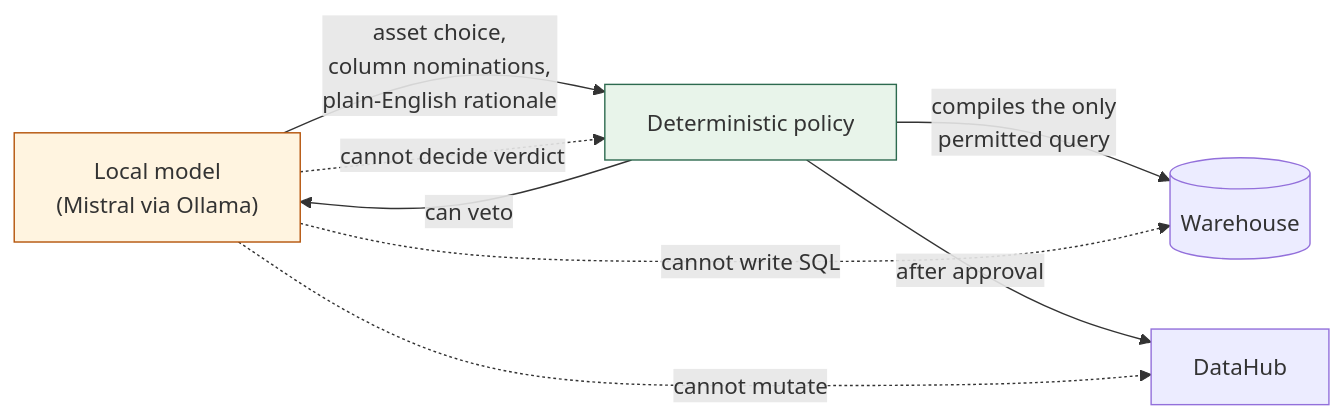
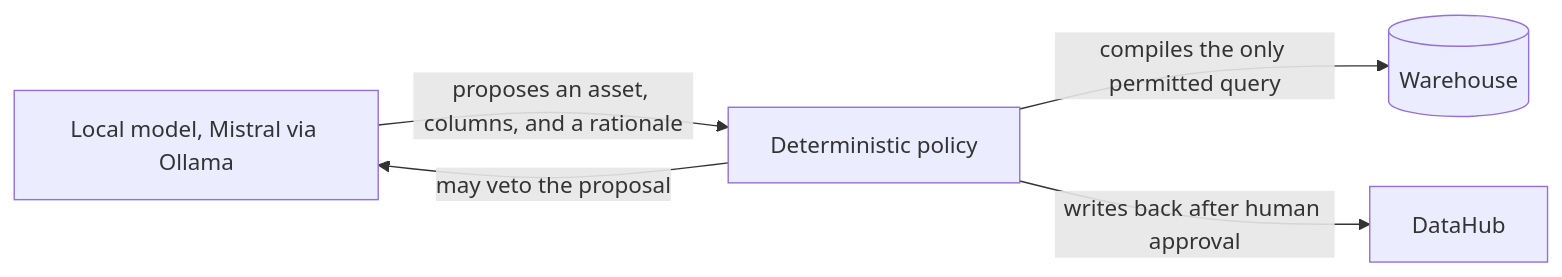
One commit to usv240/mosaic-datahub changed the second of 2 diagrams in README.md. Above: the diagram before and after it, drawn with Mermaid. The commit also changed other lines of this file, not shown here.

Commit message:
Fix mermaid diagrams to render on GitHub in both themes

````diff
--- a/README.md
+++ b/README.md
@@ -77,19 +78,12 @@
 ```mermaid
 flowchart LR
-    LLM["Local model<br/>(Mistral via Ollama)"]
-    POLICY["Deterministic policy"]
-    DB[("Warehouse")]
-    CAT["DataHub"]
+    LLM[Local model, Mistral via Ollama]
+    POLICY[Deterministic policy]
+    DB[(Warehouse)]
+    CAT[DataHub]
 
-    LLM -->|"asset choice,<br/>column nominations,<br/>plain-English rationale"| POLICY
-    POLICY -->|"can veto"| LLM
-    POLICY -->|"compiles the only<br/>permitted query"| DB
-    POLICY -->|"after approval"| CAT
-
-    LLM -.->|"cannot write SQL"| DB
-    LLM -.->|"cannot decide verdict"| POLICY
-    LLM -.->|"cannot mutate"| CAT
-
-    style LLM fill:#fff4e0,stroke:#b45309
-    style POLICY fill:#e8f4ea,stroke:#2d6a4f
+    LLM -->|proposes an asset, columns, and a rationale| POLICY
+    POLICY -->|may veto the proposal| LLM
+    POLICY -->|compiles the only permitted query| DB
+    POLICY -->|writes back after human approval| CAT
 ```
````
